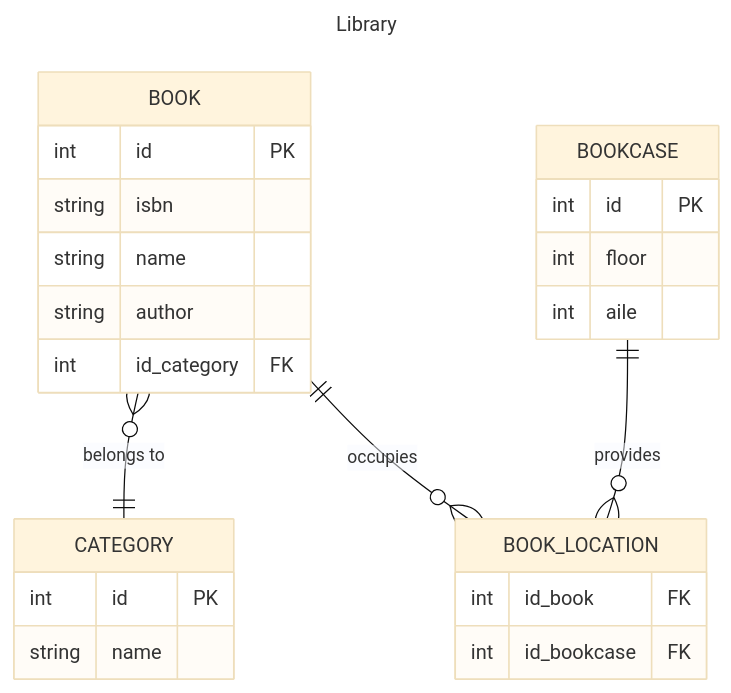
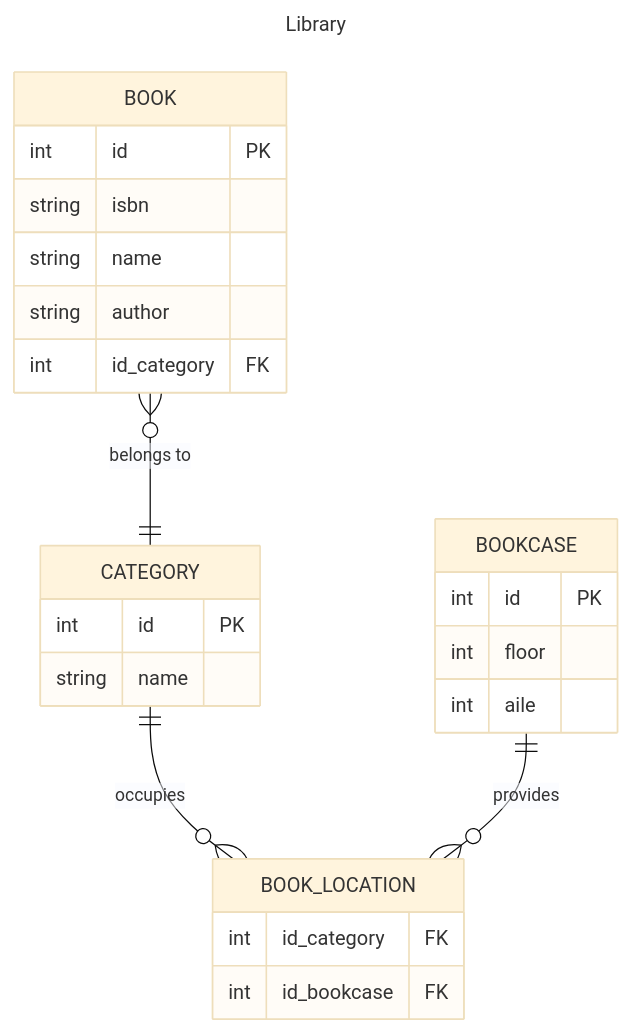
The diagram in README.md (ryansuhartanto/koda-b8-db1), drawn with Mermaid (base theme) before and after one commit.

Commit message:
reactor: bookcase holds category

````diff
--- a/README.md
+++ b/README.md
@@ -5,37 +5,37 @@
 ```mermaid
 ---
 title: Library
 ---
 
 erDiagram
 
 BOOK }o--|| CATEGORY : "belongs to"
 
-BOOK     ||--o{ BOOK_LOCATION : "occupies"
+CATEGORY ||--o{ BOOK_LOCATION : "occupies"
 BOOKCASE ||--o{ BOOK_LOCATION : "provides"
 
 BOOK {
     int id PK
     string isbn
     string name
     string author
 
     int id_category FK
 }
 
 CATEGORY {
     int id PK
     string name
 }
 
 BOOKCASE {
     int id PK
     int floor
     int aile
 }
 
 BOOK_LOCATION {
-    int id_book FK
+    int id_category FK
     int id_bookcase FK
 }
 ```
````
